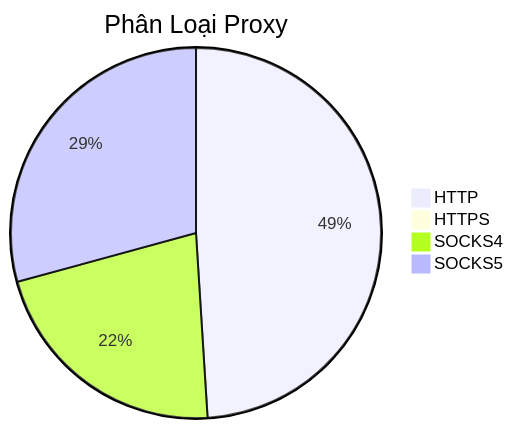
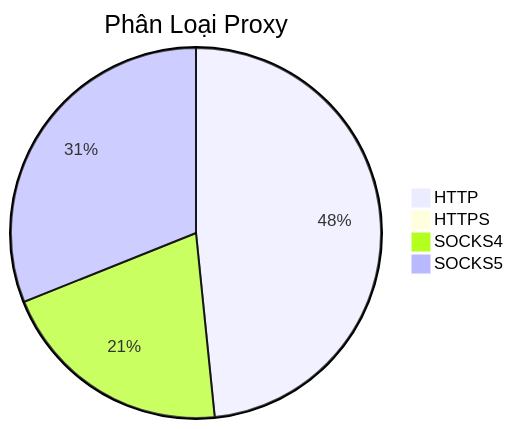
Before and after one commit to Ciara-12/PROXY-free: the diagram in README.md, drawn with Mermaid. The commit also changed other lines of this file and 3 other files, not shown here.

````diff
--- a/README.md
+++ b/README.md
@@ -26,7 +26,7 @@
 ```mermaid
 pie title Phân Loại Proxy
-    "HTTP" : 516
+    "HTTP" : 539
     "HTTPS" : 0
     "SOCKS4" : 229
-    "SOCKS5" : 308
+    "SOCKS5" : 346
 ```
````
